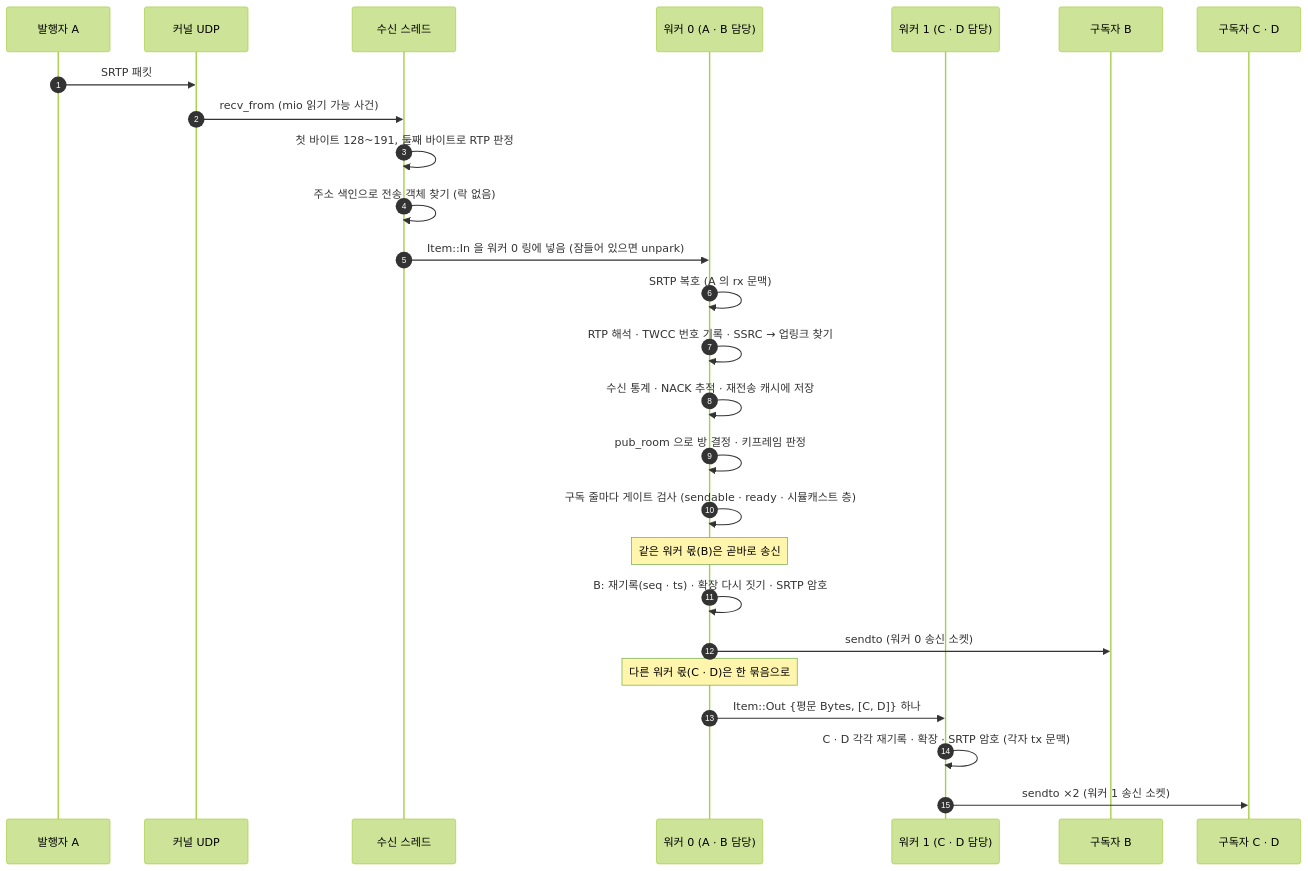
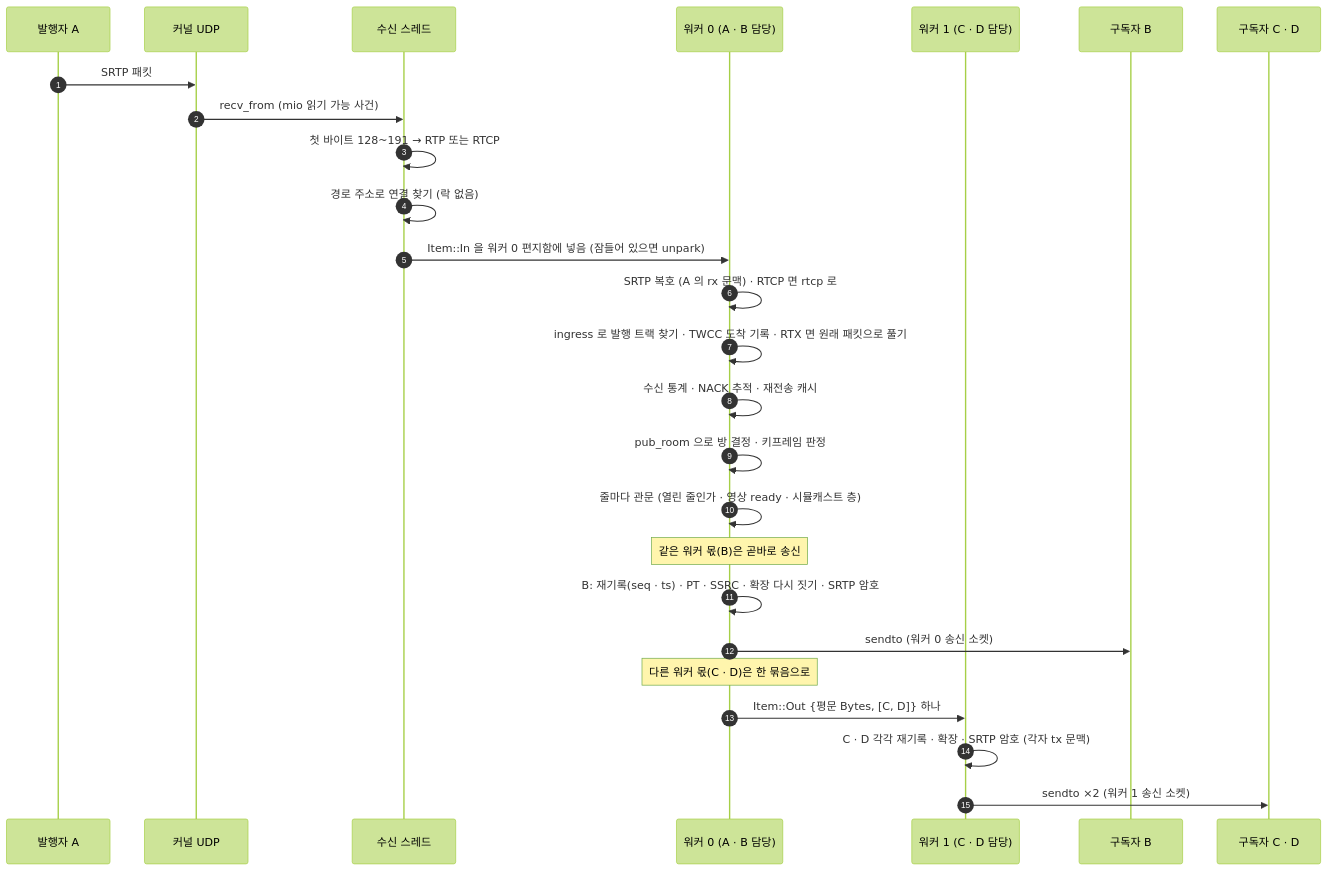
The fourth of 9 diagrams in docs/architecture.md (kodeholic9/oxlens-sfu), drawn with Mermaid (forest theme) before and after one commit. The commit also changed other lines of this file and 16 other files, not shown here.

First line of the commit message:
공개 문서 현행화 — 연동규격서 공개본 따라잡기(v1.4 이후) · 학습 문서(docs/learn) 신설 · 서버 형상(architecture.md) 40c5ce0 기준 다시 씀 · README 문서 표

````diff
--- a/docs/architecture.md
+++ b/docs/architecture.md
@@ -205,29 +213,29 @@
 ```mermaid
 sequenceDiagram
     autonumber
     participant A as 발행자 A
     participant K as 커널 UDP
     participant R as 수신 스레드
     participant W0 as 워커 0 (A · B 담당)
     participant W1 as 워커 1 (C · D 담당)
     participant B as 구독자 B
     participant C as 구독자 C · D
 
     A->>K: SRTP 패킷
     K->>R: recv_from (mio 읽기 가능 사건)
-    R->>R: 첫 바이트 128~191, 둘째 바이트로 RTP 판정
-    R->>R: 주소 색인으로 전송 객체 찾기 (락 없음)
-    R->>W0: Item::In 을 워커 0 링에 넣음 (잠들어 있으면 unpark)
-    W0->>W0: SRTP 복호 (A 의 rx 문맥)
-    W0->>W0: RTP 해석 · TWCC 번호 기록 · SSRC → 업링크 찾기
-    W0->>W0: 수신 통계 · NACK 추적 · 재전송 캐시에 저장
+    R->>R: 첫 바이트 128~191 → RTP 또는 RTCP
+    R->>R: 경로 주소로 연결 찾기 (락 없음)
+    R->>W0: Item::In 을 워커 0 편지함에 넣음 (잠들어 있으면 unpark)
+    W0->>W0: SRTP 복호 (A 의 rx 문맥) · RTCP 면 rtcp 로
+    W0->>W0: ingress 로 발행 트랙 찾기 · TWCC 도착 기록 · RTX 면 원래 패킷으로 풀기
+    W0->>W0: 수신 통계 · NACK 추적 · 재전송 캐시
     W0->>W0: pub_room 으로 방 결정 · 키프레임 판정
-    W0->>W0: 구독 줄마다 게이트 검사 (sendable · ready · 시뮬캐스트 층)
+    W0->>W0: 줄마다 관문 (열린 줄인가 · 영상 ready · 시뮬캐스트 층)
     Note over W0: 같은 워커 몫(B)은 곧바로 송신
-    W0->>W0: B: 재기록(seq · ts) · 확장 다시 짓기 · SRTP 암호
+    W0->>W0: B: 재기록(seq · ts) · PT · SSRC · 확장 다시 짓기 · SRTP 암호
     W0->>B: sendto (워커 0 송신 소켓)
     Note over W0: 다른 워커 몫(C · D)은 한 묶음으로
     W0->>W1: Item::Out {평문 Bytes, [C, D]} 하나
     W1->>W1: C · D 각각 재기록 · 확장 · SRTP 암호 (각자 tx 문맥)
     W1->>C: sendto ×2 (워커 1 송신 소켓)
 ```
````
